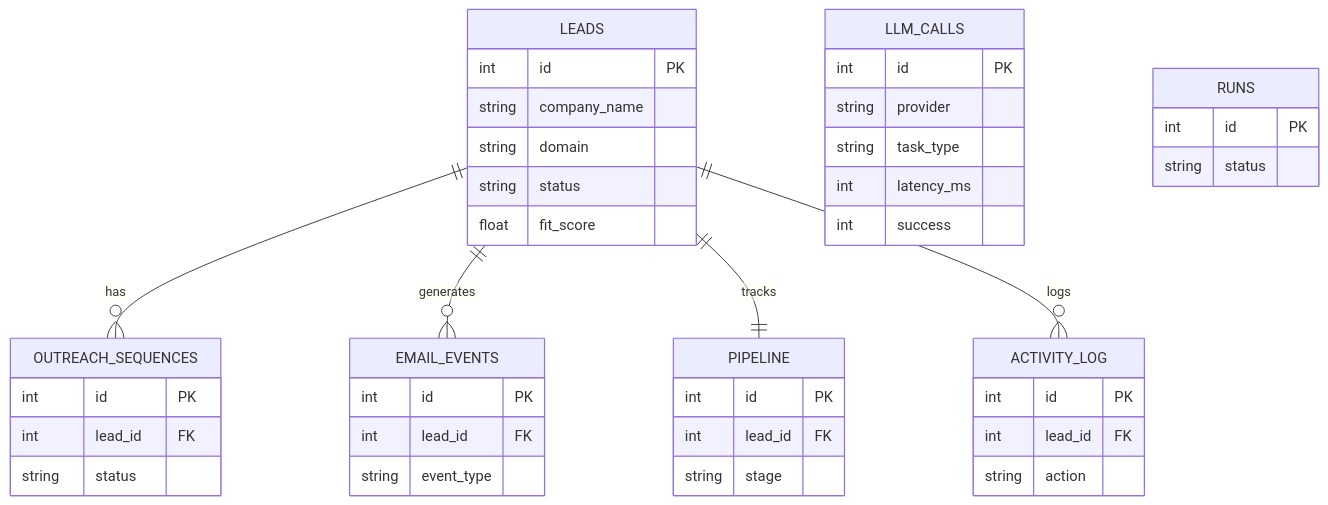
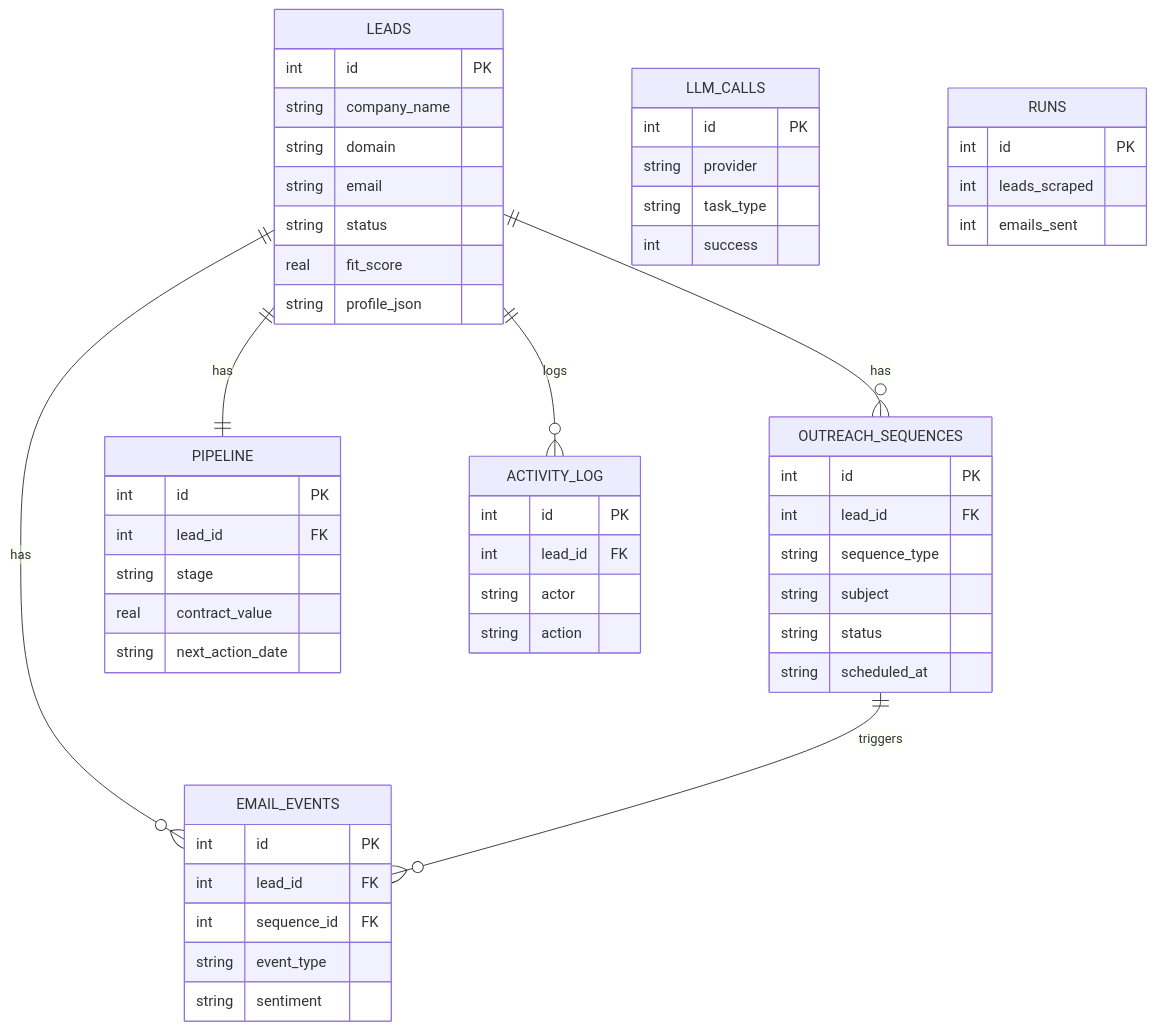
One commit to raghul-cyber/contractor-os changed the fifth of 5 diagrams in README.md. Above: the diagram before and after it, drawn with Mermaid. The commit also changed other lines of this file, not shown here.

Commit message:
docs: add full project README with architecture diagrams

````diff
--- a/README.md
+++ b/README.md
@@ -179,46 +225,57 @@
 ```mermaid
 erDiagram
+    LEADS ||--o{ OUTREACH_SEQUENCES : has
+    LEADS ||--o{ EMAIL_EVENTS : has
+    LEADS ||--|| PIPELINE : has
+    LEADS ||--o{ ACTIVITY_LOG : logs
+    OUTREACH_SEQUENCES ||--o{ EMAIL_EVENTS : triggers
+
     LEADS {
         int id PK
         string company_name
         string domain
+        string email
         string status
-        float fit_score
+        real fit_score
+        string profile_json
     }
     OUTREACH_SEQUENCES {
         int id PK
         int lead_id FK
+        string sequence_type
+        string subject
         string status
+        string scheduled_at
     }
     EMAIL_EVENTS {
         int id PK
         int lead_id FK
+        int sequence_id FK
         string event_type
+        string sentiment
     }
     PIPELINE {
         int id PK
         int lead_id FK
         string stage
+        real contract_value
+        string next_action_date
     }
     ACTIVITY_LOG {
         int id PK
         int lead_id FK
+        string actor
         string action
     }
     LLM_CALLS {
         int id PK
         string provider
         string task_type
-        int latency_ms
         int success
     }
     RUNS {
         int id PK
-        string status
+        int leads_scraped
+        int emails_sent
     }
-    
-    LEADS ||--o{ OUTREACH_SEQUENCES : has
-    LEADS ||--o{ EMAIL_EVENTS : generates
-    LEADS ||--|| PIPELINE : tracks
-    LEADS ||--o{ ACTIVITY_LOG : logs
 ```
````
